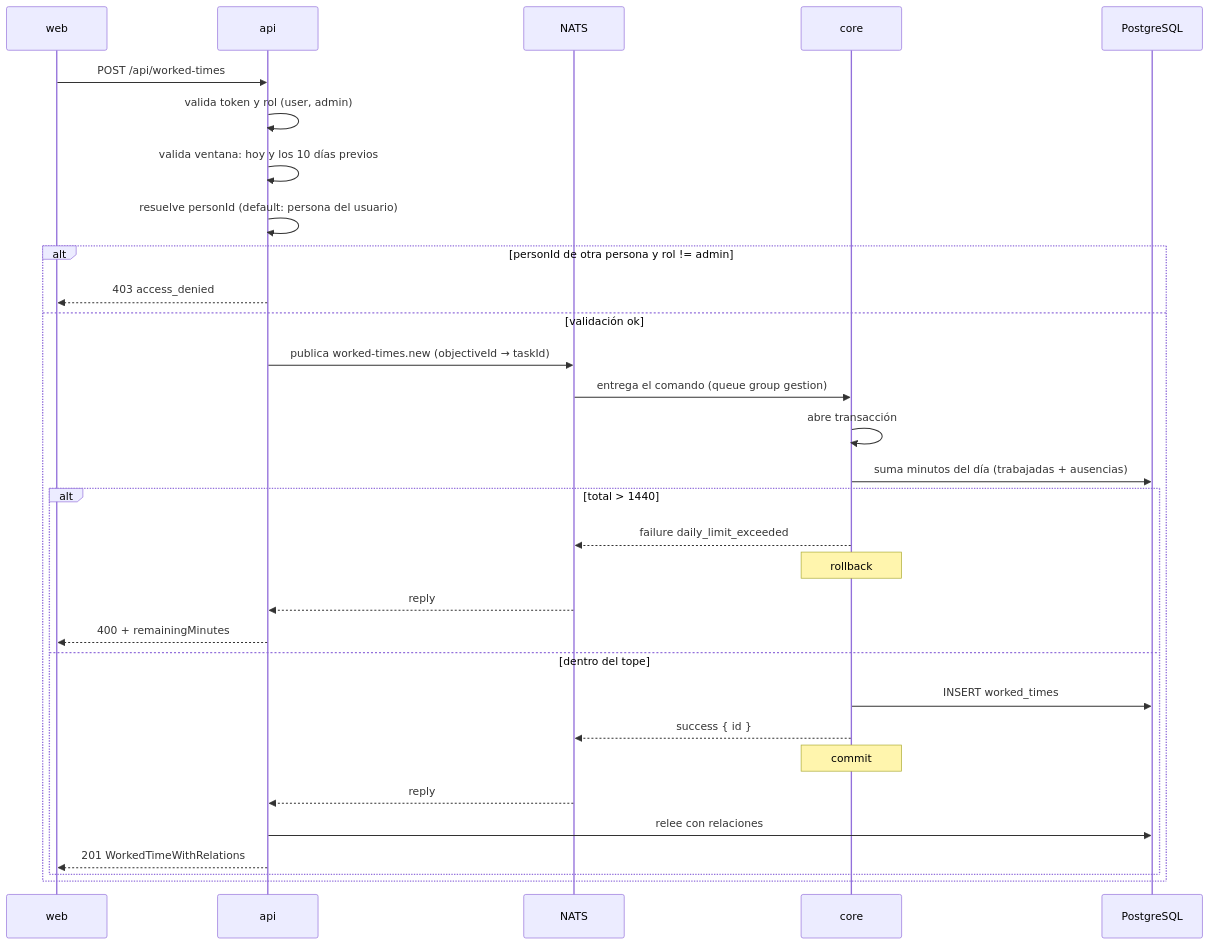
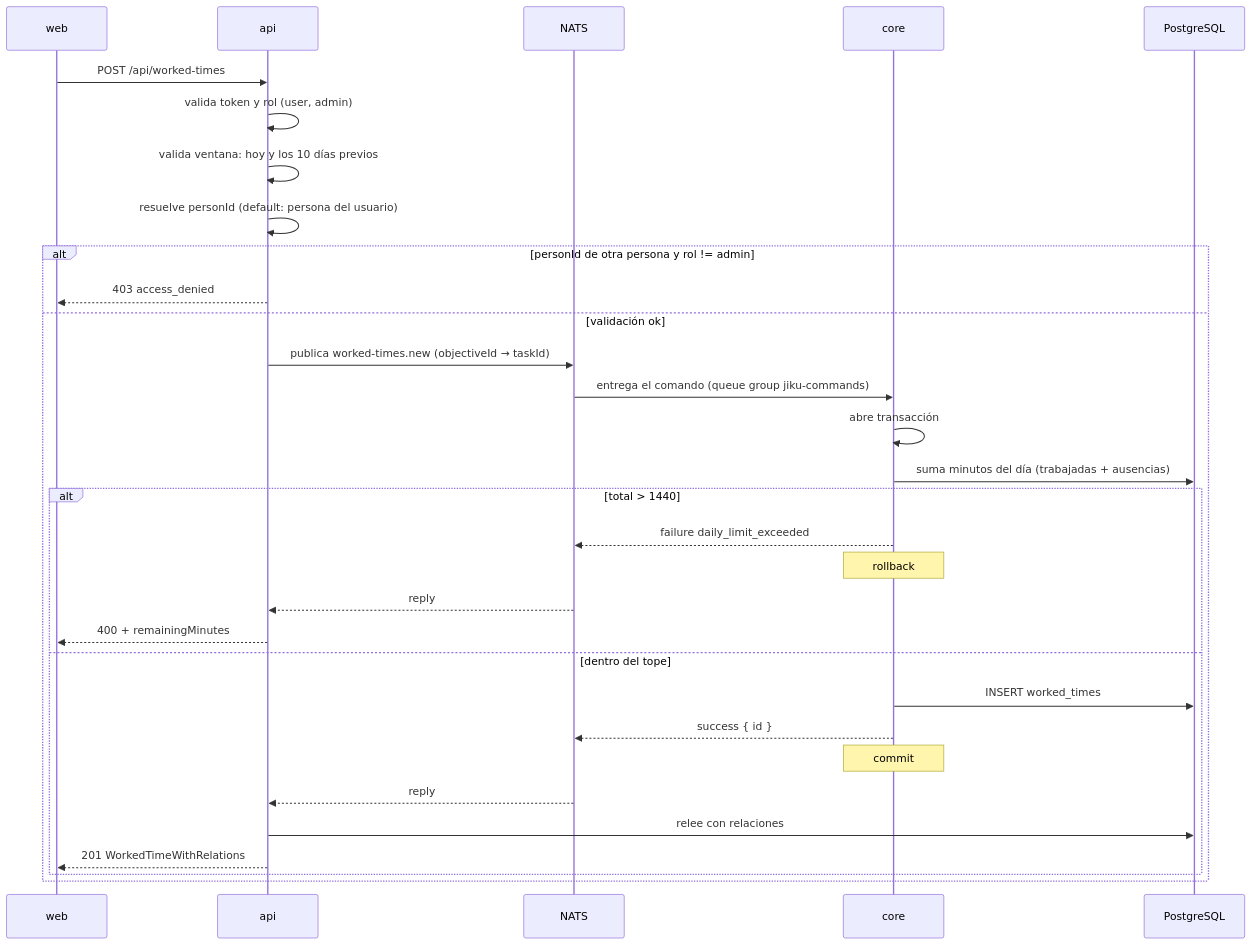
The diagram in docs/flows/carga-de-horas.md (gravadigital/jiku), drawn with Mermaid before and after one commit. The commit also changed other lines of this file and 18 other files, not shown here.

First line of the commit message:
feat(story-S-011/deploy): el auth-callout autoriza jiku-commands y jiku-queries

````diff
--- a/docs/flows/carga-de-horas.md
+++ b/docs/flows/carga-de-horas.md
@@ -38,34 +38,34 @@
 ```mermaid
 sequenceDiagram
     participant W as web
     participant A as api
     participant N as NATS
     participant C as core
     participant DB as PostgreSQL
 
     W->>A: POST /api/worked-times
     A->>A: valida token y rol (user, admin)
     A->>A: valida ventana: hoy y los 10 días previos
     A->>A: resuelve personId (default: persona del usuario)
     alt personId de otra persona y rol != admin
         A-->>W: 403 access_denied
     else validación ok
         A->>N: publica worked-times.new (objectiveId → taskId)
-        N->>C: entrega el comando (queue group gestion)
+        N->>C: entrega el comando (queue group jiku-commands)
         C->>C: abre transacción
         C->>DB: suma minutos del día (trabajadas + ausencias)
         alt total > 1440
             C-->>N: failure daily_limit_exceeded
             Note over C: rollback
             N-->>A: reply
             A-->>W: 400 + remainingMinutes
         else dentro del tope
             C->>DB: INSERT worked_times
             C-->>N: success { id }
             Note over C: commit
             N-->>A: reply
             A->>DB: relee con relaciones
             A-->>W: 201 WorkedTimeWithRelations
         end
     end
 ```
````
